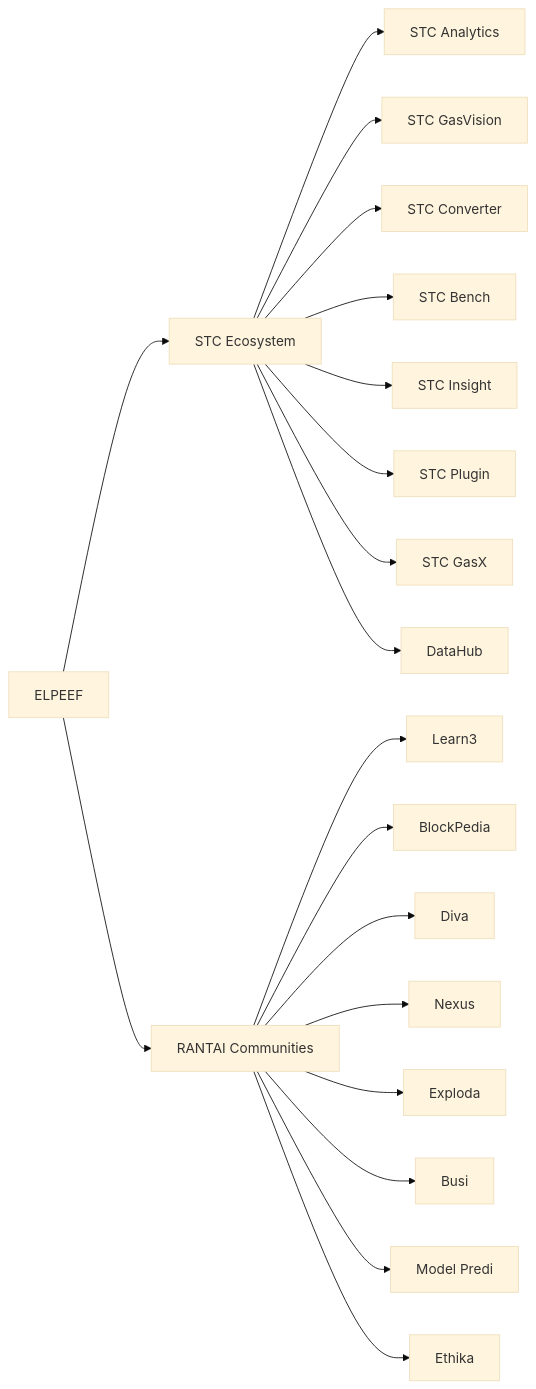
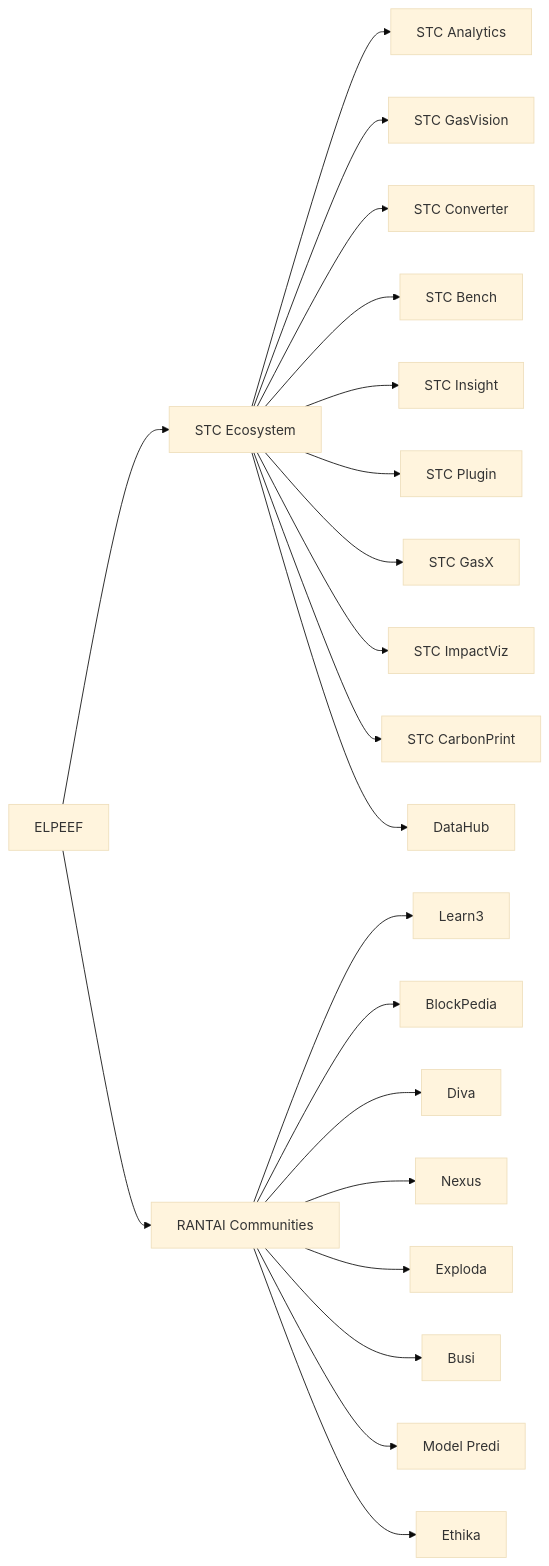
One commit to ELPEEF/.github changed the first of 2 diagrams in profile/README.md. Above: the diagram before and after it, drawn with Mermaid (base theme).

Commit message:
Update links and names for STC ImpactViz and CarbonPrint

````diff
--- a/profile/README.md
+++ b/profile/README.md
@@ -55,42 +55,46 @@
 ```mermaid
 flowchart LR
     A[ELPEEF] --> B[STC Ecosystem]
     A --> C[RANTAI Communities]
 
     B --> B1[STC Analytics]
     B --> B2[STC GasVision]
     B --> B3[STC Converter]
     B --> B4[STC Bench]
     B --> B5[STC Insight]
     B --> B6[STC Plugin]
     B --> B7[STC GasX]
-    B --> B8[DataHub]
+    B --> B8[STC ImpactViz]
+    B --> B9[STC CarbonPrint]
+    B --> B10[DataHub]
 
     C --> C1[Learn3]
     C --> C2[BlockPedia]
     C --> C3[Diva]
     C --> C4[Nexus]
     C --> C5[Exploda]
     C --> C6[Busi]
     C --> C7[Model Predi]
     C --> C8[Ethika]
 
     %% Klikable links
     click B1 "https://stc-analytics.streamlit.app/" "STC Analytics App"
     click B2 "https://stc-gasvision.streamlit.app/" "STC GasVision App"
     click B3 "https://stc-converter.streamlit.app/" "STC Converter App"
     click B4 "https://stc-bench.streamlit.app/" "STC Bench App"
     click B5 "https://stc-insight.streamlit.app/" "STC Insight App"
     click B6 "https://smartourism.elpeef.com/" "STC Plugin"
     click B7 "https://stc-gasx.streamlit.app/" "STC GasX App"
-    click B8 "https://stc-data.streamlit.app/" "STC DataHub App"
+    click B8 "https://stc-impactviz.streamlit.app/" "STC ImpactViz App"
+    click B9 "https://stc-carbonprint.streamlit.app/" "STC CarbonPrint App"
+    click B10 "https://stc-data.streamlit.app/" "STC DataHub App"
 
     click C1 "https://learn3.streamlit.app/" "Learn3"
     click C2 "https://blockpedia.streamlit.app/" "BlockPedia"
     click C3 "https://rantai-diva.streamlit.app/" "RANTAI Diva"
     click C4 "https://rantai-nexus.streamlit.app/" "RANTAI Nexus"
     click C5 "https://rantai-exploda.streamlit.app/" "RANTAI Exploda"
     click C6 "https://rantai-busi.streamlit.app/" "RANTAI Busi"
     click C7 "https://rantai-model-predi.streamlit.app/" "RANTAI Model Predi"
     click C8 "https://rantai-ethika.streamlit.app/" "RANTAI Ethika"
 ```
````
